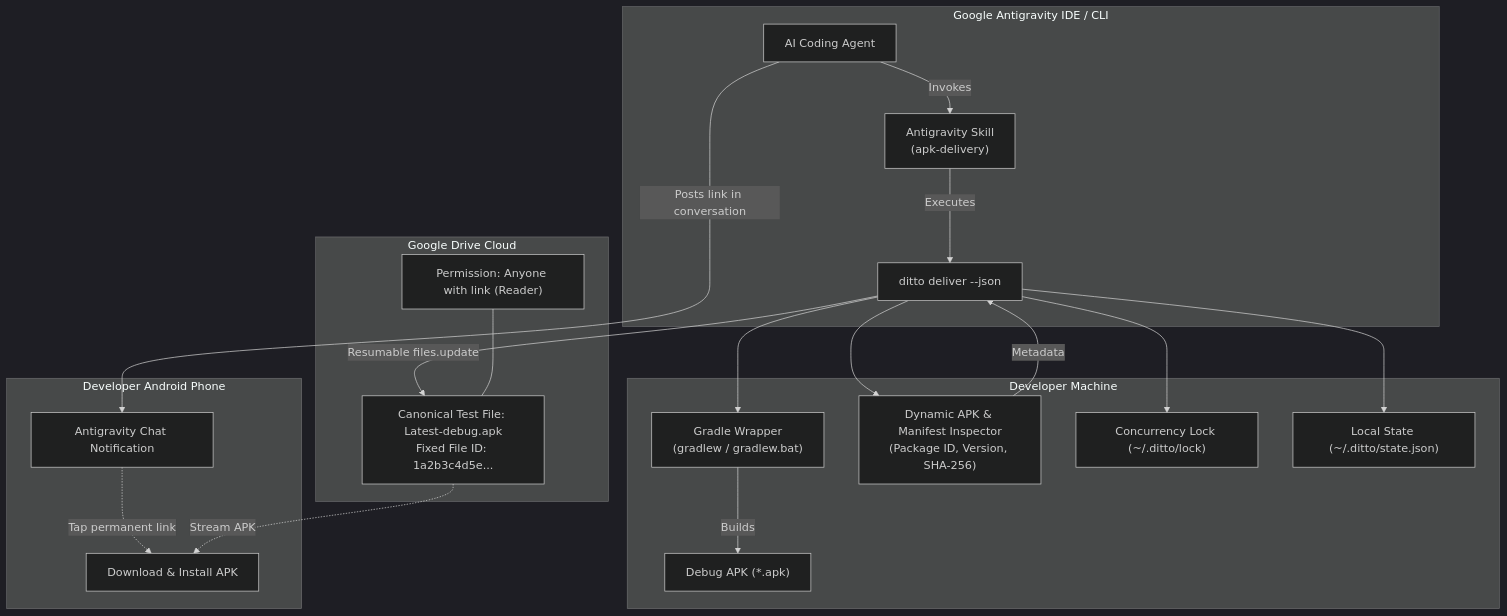
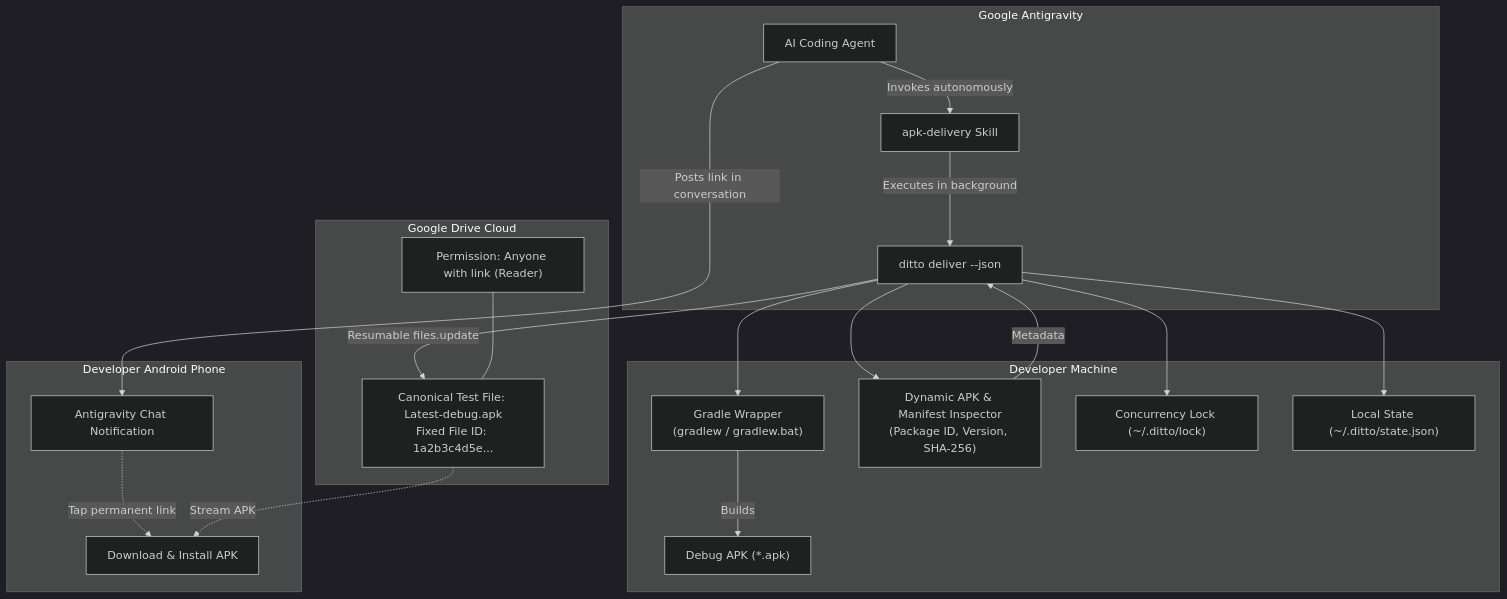
The diagram in README.md (oviii-001/Ditto), drawn with Mermaid (dark theme) before and after one commit. The commit also changed other lines of this file, not shown here.

Commit message:
docs(readme): document Antigravity conversational skill usage without IDE or CLI

````diff
--- a/README.md
+++ b/README.md
@@ -41,30 +40,30 @@
 ```mermaid
 flowchart TD
-    subgraph Antigravity["Google Antigravity IDE / CLI"]
+    subgraph Antigravity["Google Antigravity"]
         Agent["AI Coding Agent"]
-        Skill["Antigravity Skill\n(apk-delivery)"]
-        Agent -->|Invokes| Skill
-        Skill -->|Executes| CLI["ditto deliver --json"]
+        Skill["apk-delivery Skill"]
+        Agent -->|Invokes autonomously| Skill
+        Skill -->|Executes in background| CLI["ditto deliver --json"]
     end
 
     subgraph Host["Developer Machine"]
         CLI --> Gradle["Gradle Wrapper\n(gradlew / gradlew.bat)"]
         Gradle -->|Builds| APK["Debug APK (*.apk)"]
         CLI --> Parser["Dynamic APK & Manifest Inspector\n(Package ID, Version, SHA-256)"]
         Parser -->|Metadata| CLI
         CLI --> Lock["Concurrency Lock (~/.ditto/lock)"]
         CLI --> State["Local State (~/.ditto/state.json)"]
     end
 
     subgraph GoogleDrive["Google Drive Cloud"]
         DriveFile["Canonical Test File: Latest-debug.apk\nFixed File ID: 1a2b3c4d5e..."]
         CLI -->|Resumable files.update| DriveFile
         Perm["Permission: Anyone with link (Reader)"] --- DriveFile
     end
 
     subgraph Phone["Developer Android Phone"]
         Agent -->|Posts link in conversation| Chat["Antigravity Chat Notification"]
         Chat -.->|Tap permanent link| Download["Download & Install APK"]
         DriveFile -.->|Stream APK| Download
     end
 ```
````
